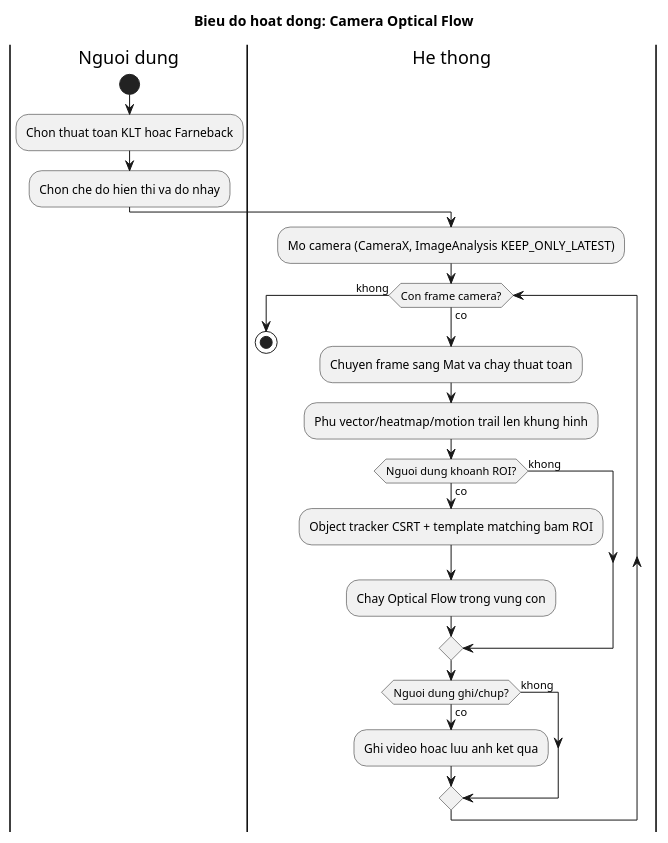
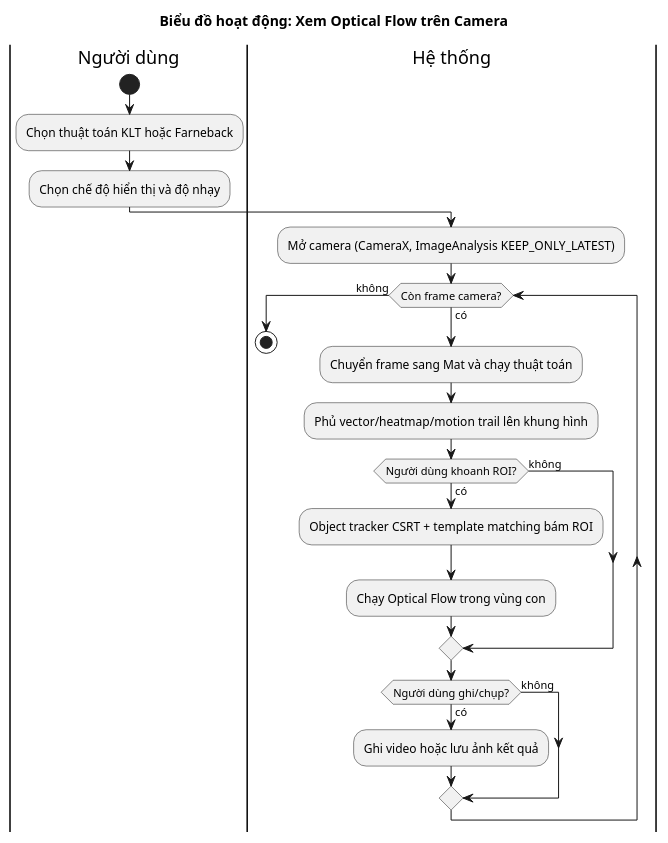
The diagram in PlantUML/camera_optical_flow_activity.puml (thanhmobile080604/My-Thesis-Latex), drawn with PlantUML before and after one commit. The commit also changed 47 other files, not shown here.

```diff
--- a/PlantUML/camera_optical_flow_activity.puml
+++ b/PlantUML/camera_optical_flow_activity.puml
@@ -1,26 +1,26 @@
 @startuml activity_camera_optical_flow
-' Render: tao anh figures/activity_camera_optical_flow.png cho muc 2.3.3
+' Render: tạo ảnh figures/activity_camera_optical_flow.png cho mục 2.3.3
 skinparam defaultFontName "Times New Roman"
-title Bieu do hoat dong: Camera Optical Flow
+title Biểu đồ hoạt động: Xem Optical Flow trên Camera
 
-|Nguoi dung|
+|Người dùng|
 start
-:Chon thuat toan KLT hoac Farneback;
-:Chon che do hien thi va do nhay;
-|He thong|
-:Mo camera (CameraX, ImageAnalysis KEEP_ONLY_LATEST);
-while (Con frame camera?) is (co)
-  :Chuyen frame sang Mat va chay thuat toan;
-  :Phu vector/heatmap/motion trail len khung hinh;
-  if (Nguoi dung khoanh ROI?) then (co)
-    :Object tracker CSRT + template matching bam ROI;
-    :Chay Optical Flow trong vung con;
-  else (khong)
+:Chọn thuật toán KLT hoặc Farneback;
+:Chọn chế độ hiển thị và độ nhạy;
+|Hệ thống|
+:Mở camera (CameraX, ImageAnalysis KEEP_ONLY_LATEST);
+while (Còn frame camera?) is (có)
+  :Chuyển frame sang Mat và chạy thuật toán;
+  :Phủ vector/heatmap/motion trail lên khung hình;
+  if (Người dùng khoanh ROI?) then (có)
+    :Object tracker CSRT + template matching bám ROI;
+    :Chạy Optical Flow trong vùng con;
+  else (không)
   endif
-  if (Nguoi dung ghi/chup?) then (co)
-    :Ghi video hoac luu anh ket qua;
-  else (khong)
+  if (Người dùng ghi/chụp?) then (có)
+    :Ghi video hoặc lưu ảnh kết quả;
+  else (không)
   endif
-endwhile (khong)
+endwhile (không)
 stop
 @enduml
```
